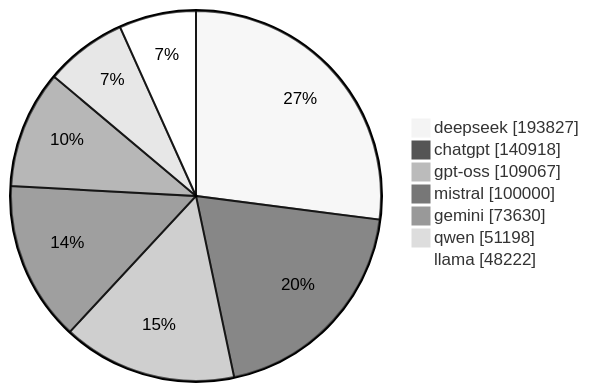
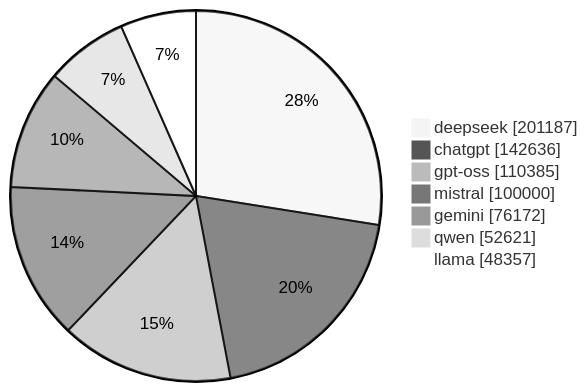
Before and after one commit to gqgs/llm100kbench: the diagram in README.md, drawn with Mermaid (neutral theme). The commit also changed other lines of this file and 17 other files, not shown here.

````diff
--- a/README.md
+++ b/README.md
@@ -50,10 +50,10 @@
 ```mermaid
 pie showData
-    "deepseek" : 193827
-    "chatgpt" : 140918
-    "gpt-oss" : 109067
+    "deepseek" : 201187
+    "chatgpt" : 142636
+    "gpt-oss" : 110385
     "mistral" : 100000
-    "gemini" : 73630
-    "qwen" : 51198
-    "llama" : 48222
+    "gemini" : 76172
+    "qwen" : 52621
+    "llama" : 48357
 ```
````
